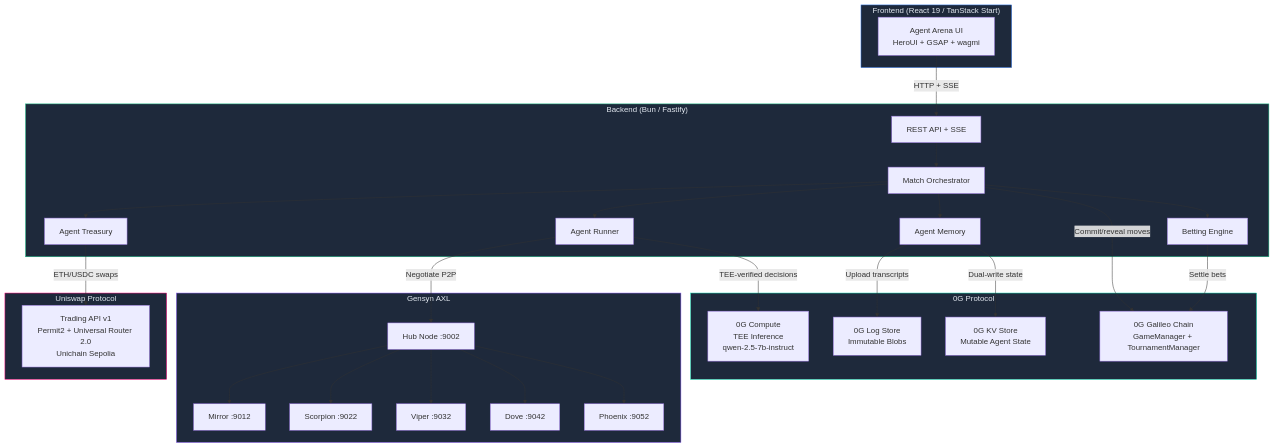
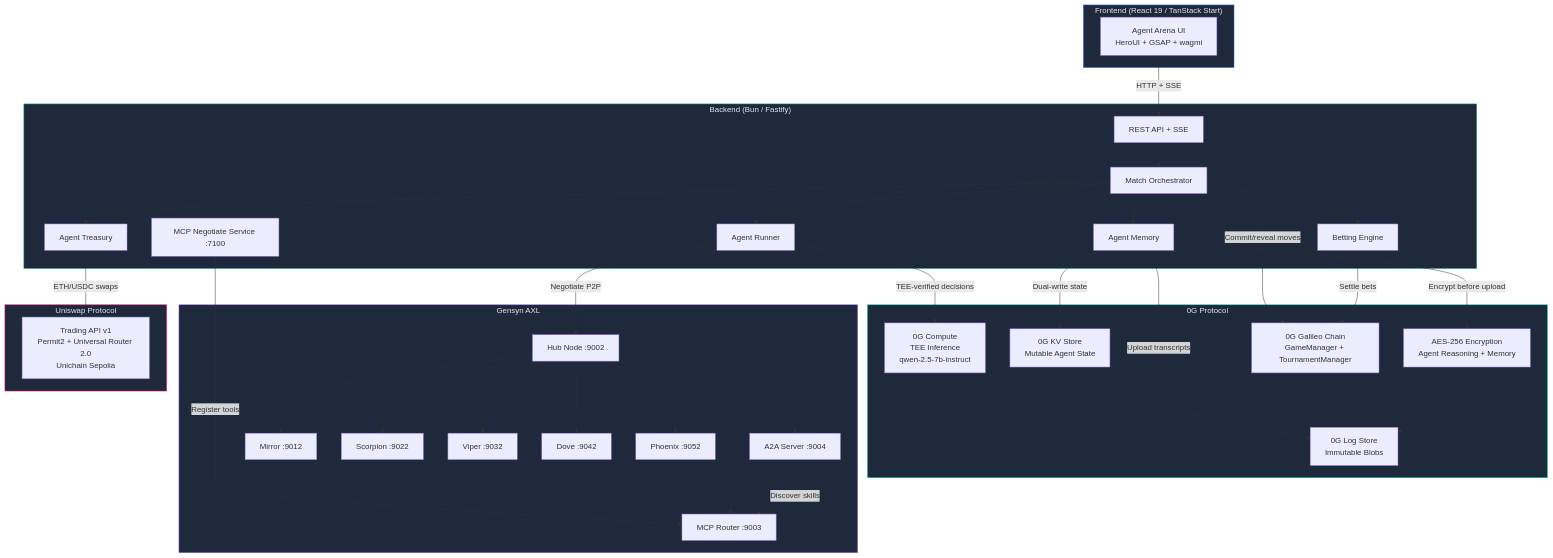
The first of 3 diagrams in README.md (louissarvin/AgentPrisonerDillema), drawn with Mermaid before and after one commit. The commit also changed other lines of this file, not shown here.

Commit message:
docs: update architecture and topology diagrams with MCP router, A2A server, and encryption

````diff
--- a/README.md
+++ b/README.md
@@ -78,63 +78,73 @@
 ```mermaid
 graph TD
     subgraph Frontend["Frontend (React 19 / TanStack Start)"]
         UI["Agent Arena UI<br/>HeroUI + GSAP + wagmi"]
     end
 
     subgraph Backend["Backend (Bun / Fastify)"]
         API["REST API + SSE"]
         MO["Match Orchestrator"]
         AR["Agent Runner"]
         AT["Agent Treasury"]
         AM["Agent Memory"]
         BE["Betting Engine"]
+        MCP_SVC["MCP Negotiate Service :7100"]
     end
 
     subgraph ZeroG["0G Protocol"]
         Compute["0G Compute<br/>TEE Inference<br/>qwen-2.5-7b-instruct"]
         LogStore["0G Log Store<br/>Immutable Blobs"]
         KVStore["0G KV Store<br/>Mutable Agent State"]
+        Encrypt["AES-256 Encryption<br/>Agent Reasoning + Memory"]
         Chain["0G Galileo Chain<br/>GameManager + TournamentManager"]
     end
 
     subgraph AXL["Gensyn AXL"]
         Hub["Hub Node :9002"]
+        MCPRouter["MCP Router :9003"]
+        A2AServer["A2A Server :9004"]
         Mirror["Mirror :9012"]
         Scorpion["Scorpion :9022"]
         Viper["Viper :9032"]
         DoveNode["Dove :9042"]
         PhoenixNode["Phoenix :9052"]
     end
 
     subgraph Uniswap["Uniswap Protocol"]
         TradingAPI["Trading API v1<br/>Permit2 + Universal Router 2.0<br/>Unichain Sepolia"]
     end
 
     UI -->|"HTTP + SSE"| API
     API --> MO
     MO --> AR
     MO --> AT
     MO --> AM
     MO --> BE
 
     AR -->|"TEE-verified decisions"| Compute
     AM -->|"Upload transcripts"| LogStore
     AM -->|"Dual-write state"| KVStore
+    AM -->|"Encrypt before upload"| Encrypt
+    Encrypt --> LogStore
     MO -->|"Commit/reveal moves"| Chain
     BE -->|"Settle bets"| Chain
 
     AR -->|"Negotiate P2P"| Hub
+    MCP_SVC -->|"Register tools"| MCPRouter
+    Hub --> MCPRouter
+    Hub --> A2AServer
+    A2AServer -->|"Discover skills"| MCPRouter
     Hub --> Mirror
     Hub --> Scorpion
     Hub --> Viper
     Hub --> DoveNode
     Hub --> PhoenixNode
 
     AT -->|"ETH/USDC swaps"| TradingAPI
 
     style Frontend fill:#1e293b,stroke:#3b82f6,color:#e2e8f0
     style Backend fill:#1e293b,stroke:#10b981,color:#e2e8f0
     style ZeroG fill:#1e293b,stroke:#00d4aa,color:#e2e8f0
     style AXL fill:#1e293b,stroke:#8b5cf6,color:#e2e8f0
     style Uniswap fill:#1e293b,stroke:#ff007a,color:#e2e8f0
 ```
````
